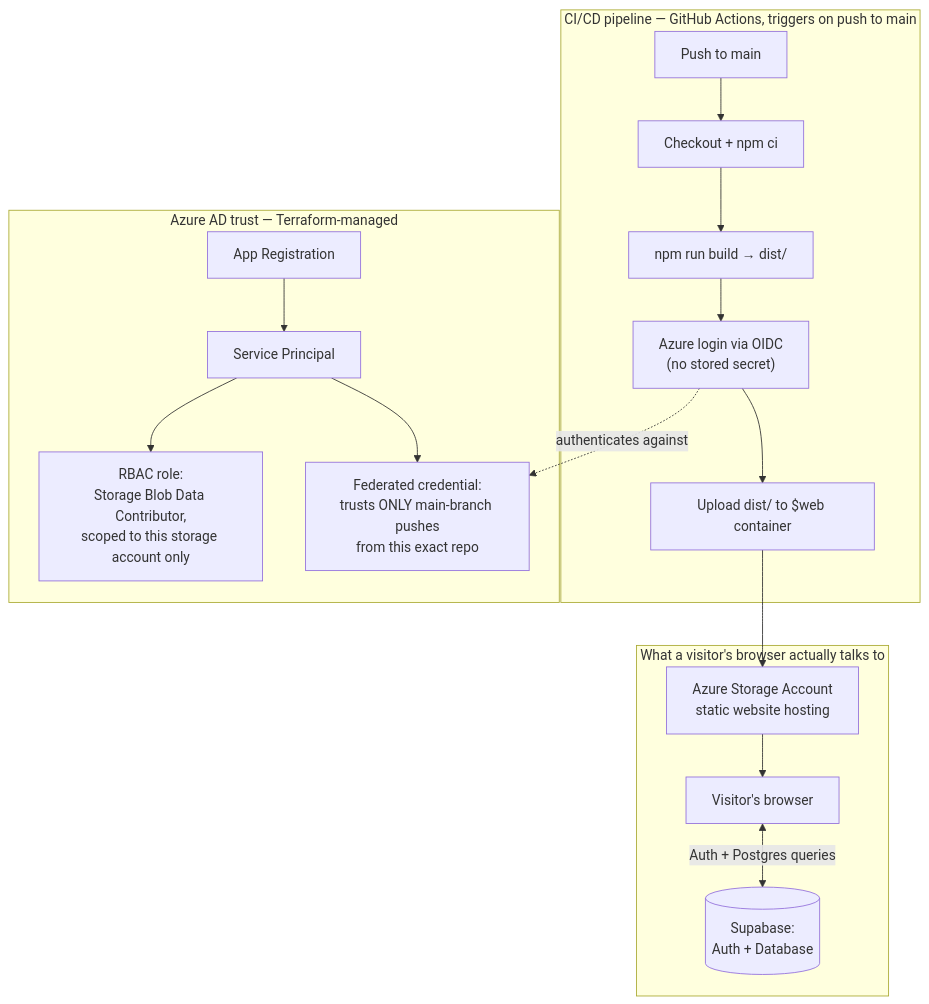
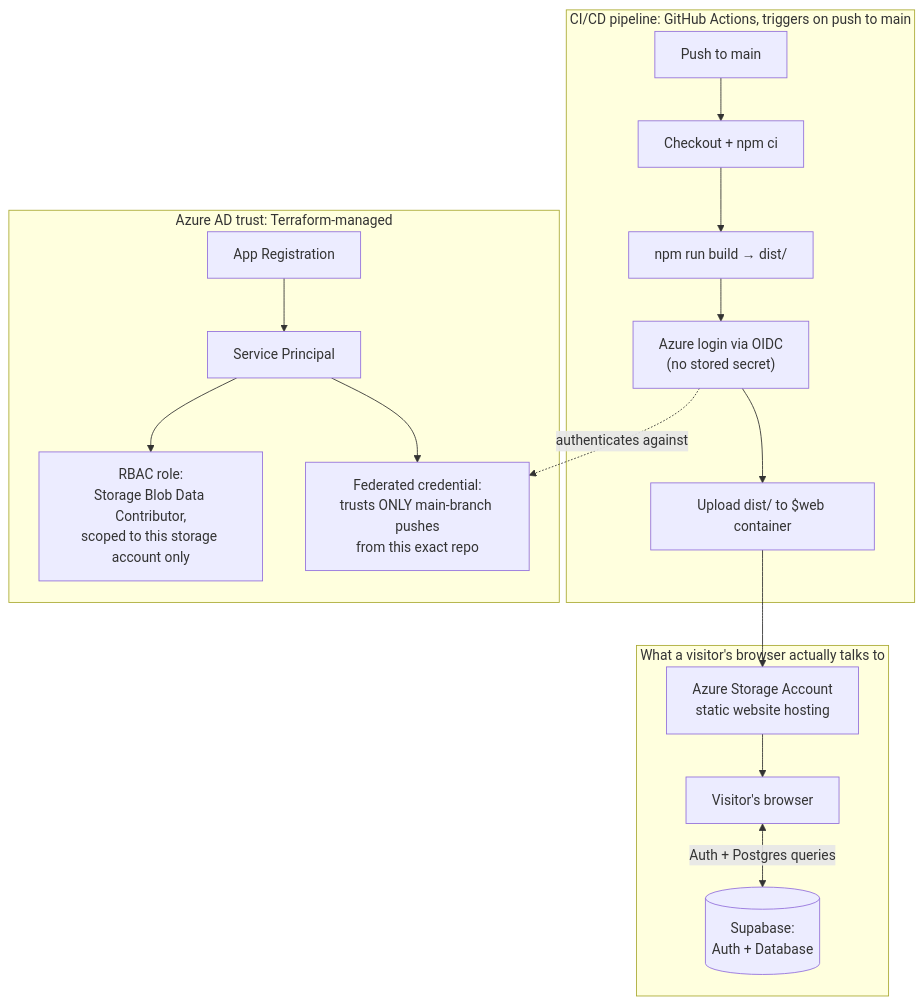
The diagram in README.md (amaadh2/rpg-map-tracker), drawn with Mermaid before and after one commit. The commit also changed other lines of this file, not shown here.

````diff
--- a/README.md
+++ b/README.md
@@ -27,24 +27,24 @@
 ```mermaid
 flowchart TB
-    subgraph cicd["CI/CD pipeline — GitHub Actions, triggers on push to main"]
+    subgraph cicd["CI/CD pipeline: GitHub Actions, triggers on push to main"]
         A["Push to main"] --> B["Checkout + npm ci"]
         B --> C["npm run build → dist/"]
         C --> D["Azure login via OIDC<br/>(no stored secret)"]
         D --> E["Upload dist/ to $web container"]
     end
 
-    subgraph identity["Azure AD trust — Terraform-managed"]
+    subgraph identity["Azure AD trust: Terraform-managed"]
         F["App Registration"] --> G["Service Principal"]
         G --> H["Federated credential:<br/>trusts ONLY main-branch pushes<br/>from this exact repo"]
         G --> I["RBAC role:<br/>Storage Blob Data Contributor,<br/>scoped to this storage account only"]
     end
 
     D -.authenticates against.-> H
 
     subgraph runtime["What a visitor's browser actually talks to"]
         J["Azure Storage Account<br/>static website hosting"] --> K["Visitor's browser"]
         K <-->|"Auth + Postgres queries"| L[("Supabase:<br/>Auth + Database")]
     end
 
     E --> J
 ```
````
